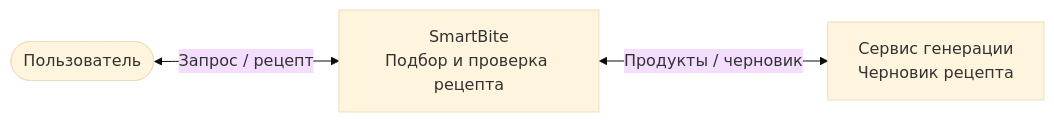
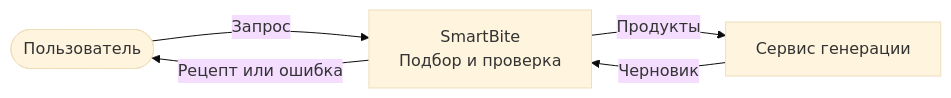
Before and after one commit to Tor250/SmartBite: the first of 4 diagrams in architecture/c4.md, drawn with Mermaid (base theme). The commit also changed other lines of this file and 1 other file, not shown here.

````diff
--- a/architecture/c4.md
+++ b/architecture/c4.md
@@ -7,8 +7,10 @@
 ```mermaid
 flowchart LR
     person([Пользователь])
-    smartbite["SmartBite<br/>Подбор и проверка рецепта"]
-    model["Сервис генерации<br/>Черновик рецепта"]
-    person <-->|Запрос / рецепт| smartbite
-    smartbite <-->|Продукты / черновик| model
+    smartbite["SmartBite<br/>Подбор и проверка"]
+    model["Сервис генерации"]
+    person -->|Запрос| smartbite
+    smartbite -->|Рецепт или ошибка| person
+    smartbite -->|Продукты| model
+    model -->|Черновик| smartbite
 ```
````
